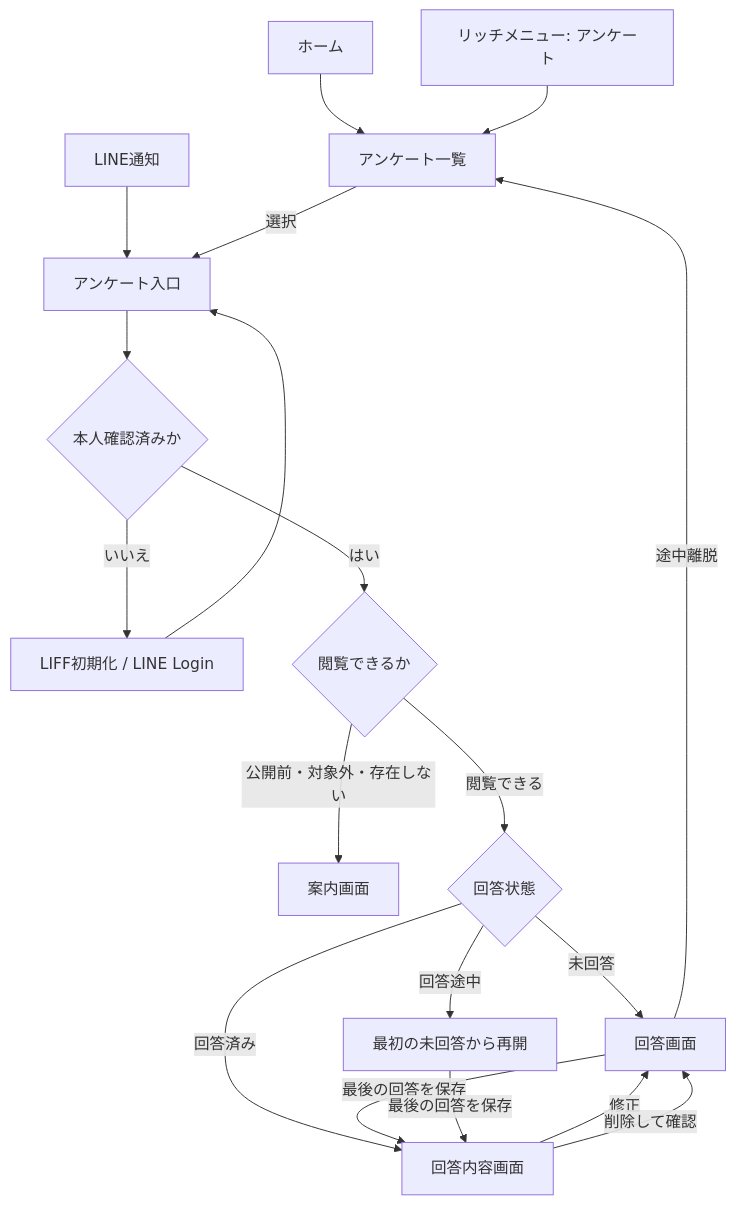
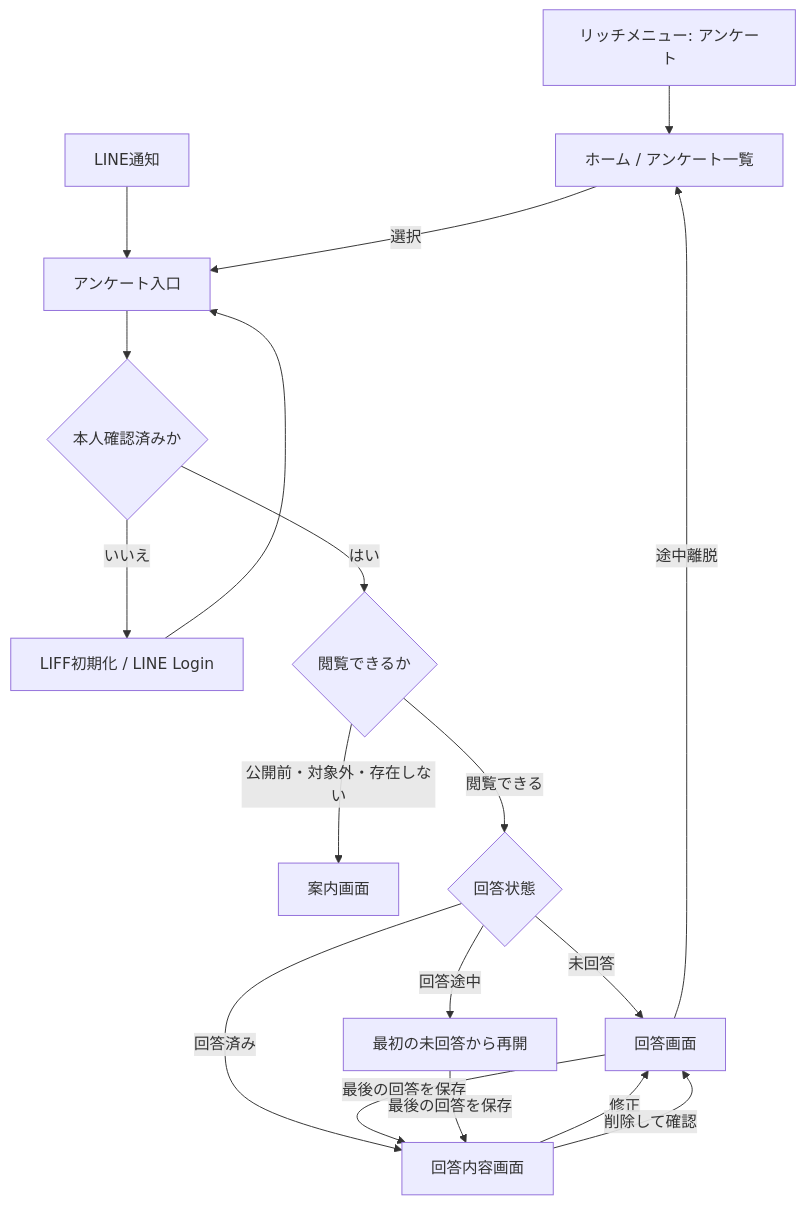
One commit to kkyosuke/me-builder changed the diagram in docs/questionnaire/questionnaire-experience.md. Above: the diagram before and after it, drawn with Mermaid. The commit also changed other lines of this file and 7 other files, not shown here.

````diff
--- a/docs/questionnaire/questionnaire-experience.md
+++ b/docs/questionnaire/questionnaire-experience.md
@@ -52,21 +50,20 @@
 ```mermaid
 flowchart TD
-    H[ホーム] --> E[アンケート一覧]
-    R[リッチメニュー: アンケート] --> E
+    R[リッチメニュー: アンケート] --> H[ホーム / アンケート一覧]
     N[LINE通知] --> G[アンケート入口]
-    E -->|選択| G
+    H -->|選択| G
     G --> A{本人確認済みか}
     A -->|いいえ| L[LIFF初期化 / LINE Login]
     L --> G
     A -->|はい| V{閲覧できるか}
     V -->|公開前・対象外・存在しない| U[案内画面]
     V -->|閲覧できる| S{回答状態}
     S -->|未回答| Q[回答画面]
     S -->|回答途中| Q2[最初の未回答から再開]
     S -->|回答済み| D[回答内容画面]
-    Q -->|途中離脱| E
+    Q -->|途中離脱| H
     Q -->|最後の回答を保存| D
     Q2 -->|最後の回答を保存| D
     D -->|修正| Q
     D -->|削除して確認| Q
 ```
````
